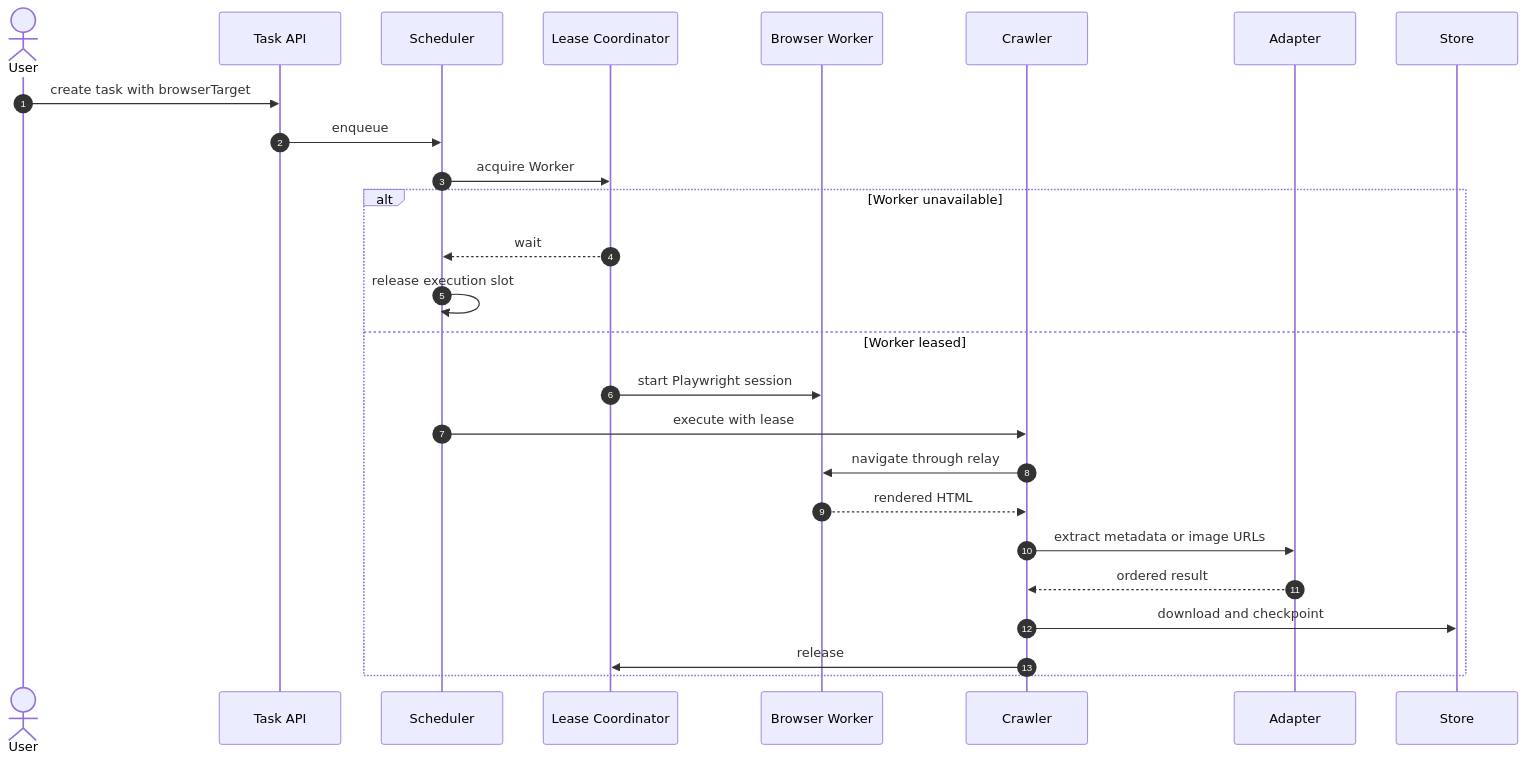
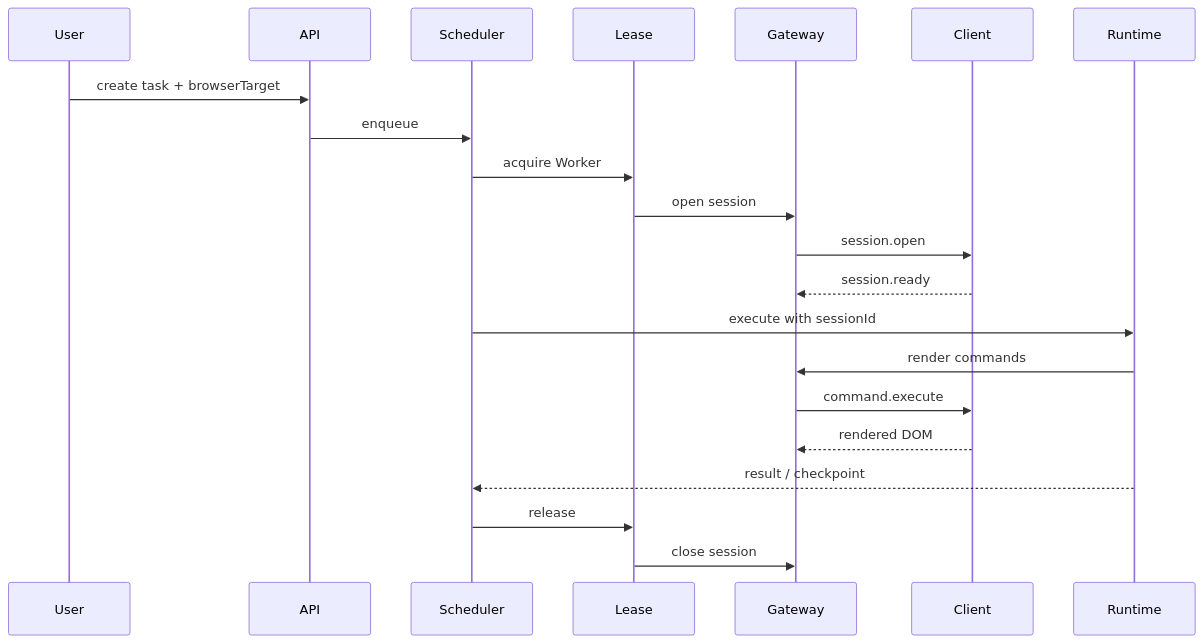
One commit to luberserker0v0/comic-crawler changed the fifth of 5 diagrams in docs/development/SDD.md. Above: the diagram before and after it, drawn with Mermaid. The commit also changed other lines of this file and 163 other files, not shown here.

Commit message:
feat: replace browser provider with browser client framework

````diff
--- a/docs/development/SDD.md
+++ b/docs/development/SDD.md
@@ -212,29 +172,24 @@
 ```mermaid
 sequenceDiagram
-  autonumber
-  actor User
-  participant API as Task API
+  participant User
+  participant API
   participant Scheduler
-  participant Lease as Lease Coordinator
-  participant Worker as Browser Worker
-  participant Crawler
-  participant Adapter
-  participant Store
+  participant Lease
+  participant Gateway
+  participant Client
+  participant Runtime
 
-  User->>API: create task with browserTarget
+  User->>API: create task + browserTarget
   API->>Scheduler: enqueue
   Scheduler->>Lease: acquire Worker
-  alt Worker unavailable
-    Lease-->>Scheduler: wait
-    Scheduler->>Scheduler: release execution slot
-  else Worker leased
-    Lease->>Worker: start Playwright session
-    Scheduler->>Crawler: execute with lease
-    Crawler->>Worker: navigate through relay
-    Worker-->>Crawler: rendered HTML
-    Crawler->>Adapter: extract metadata or image URLs
-    Adapter-->>Crawler: ordered result
-    Crawler->>Store: download and checkpoint
-    Crawler->>Lease: release
-  end
+  Lease->>Gateway: open session
+  Gateway->>Client: session.open
+  Client-->>Gateway: session.ready
+  Scheduler->>Runtime: execute with sessionId
+  Runtime->>Gateway: render commands
+  Gateway->>Client: command.execute
+  Client-->>Gateway: rendered DOM
+  Runtime-->>Scheduler: result / checkpoint
+  Scheduler->>Lease: release
+  Lease->>Gateway: close session
 ```
````
